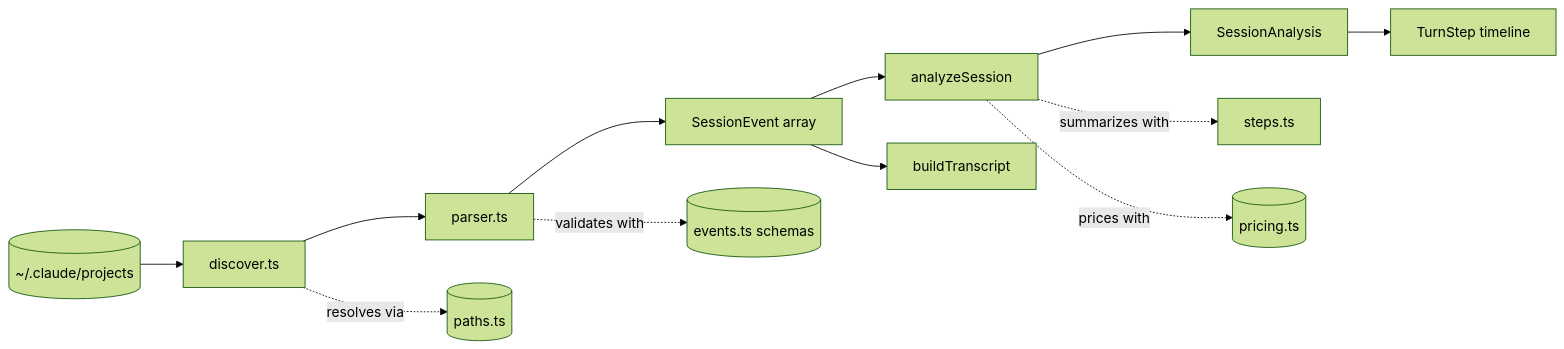
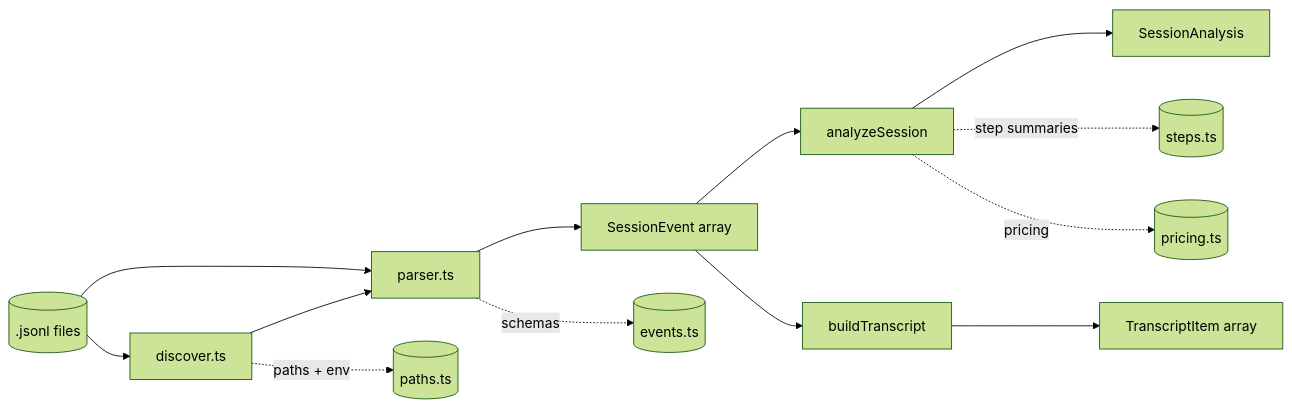
Before and after one commit to yorch/cc-analyzer: the first of 2 diagrams in wiki/2-core-analysis-engine.md, drawn with Mermaid (forest theme). The commit also changed other lines of this file and 19 other files, not shown here.

````diff
--- a/wiki/2-core-analysis-engine.md
+++ b/wiki/2-core-analysis-engine.md
@@ -25,15 +23,16 @@
 ```mermaid
 flowchart LR
-    Disk[(~/.claude/projects)] --> Discover[discover.ts]
+    Files[(.jsonl files)] --> Discover[discover.ts]
     Discover --> Parser[parser.ts]
+    Files --> Parser
     Parser --> Events[SessionEvent array]
     Events --> Analyze[analyzeSession]
     Events --> Transcript[buildTranscript]
     Analyze --> Analysis[SessionAnalysis]
-    Analysis --> Steps[TurnStep timeline]
+    Transcript --> Items[TranscriptItem array]
 
-    Parser -.validates with.-> Schemas[(events.ts schemas)]
-    Analyze -.summarizes with.-> StepsMod[steps.ts]
-    Analyze -.prices with.-> Pricing[(pricing.ts)]
-    Discover -.resolves via.-> Paths[(paths.ts)]
+    Parser -.schemas.-> Schemas[(events.ts)]
+    Analyze -.step summaries.-> Steps[(steps.ts)]
+    Analyze -.pricing.-> Pricing[(pricing.ts)]
+    Discover -.paths + env.-> Paths[(paths.ts)]
 ```
````
